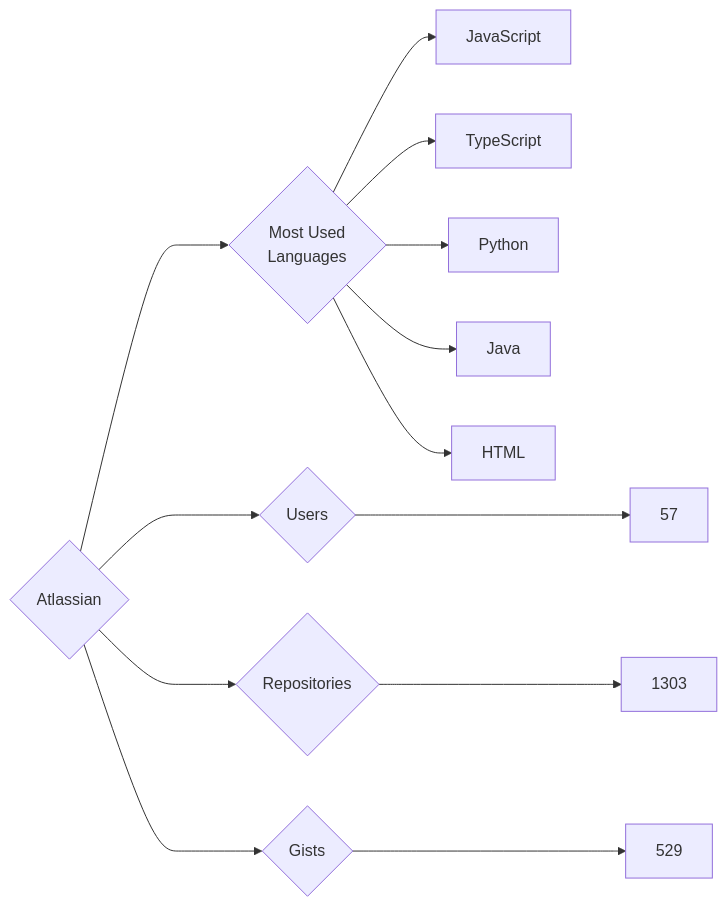
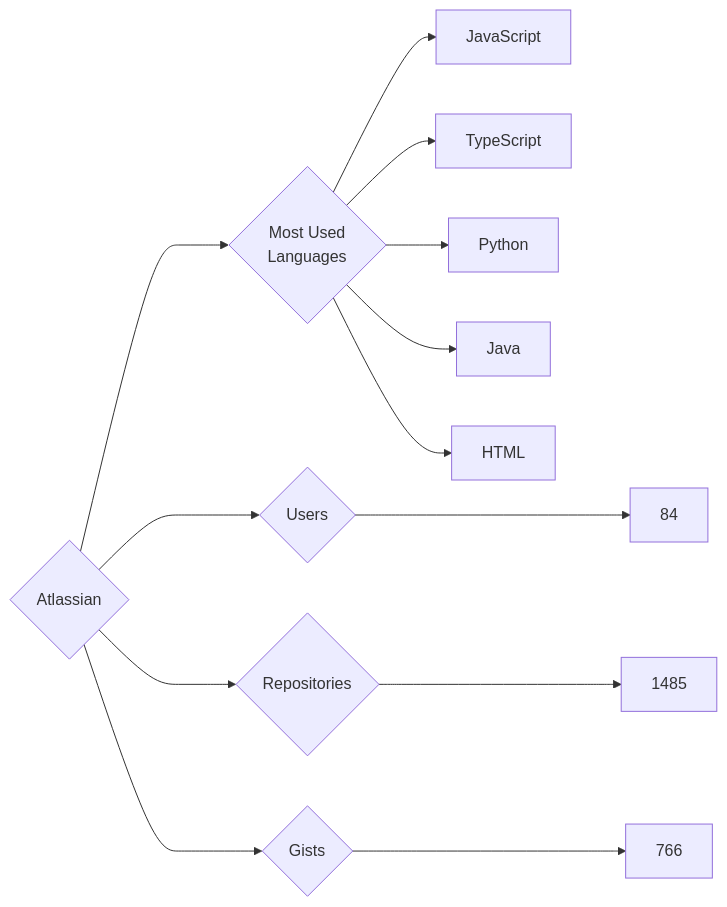
One commit to trickest/insiders changed the diagram in targets/Atlassian/README.md. Above: the diagram before and after it, drawn with Mermaid. The commit also changed 845 other files, not shown here.

````diff
--- a/targets/Atlassian/README.md
+++ b/targets/Atlassian/README.md
@@ -3,13 +3,13 @@
 ```mermaid
 graph LR
 COMPANY_NAME{Atlassian}
-COMPANY_NAME ---> U{Users} ---> UN[57]
-COMPANY_NAME ---> R{Repositories} ---> RN[1303]
-COMPANY_NAME ---> G{Gists} ---> GN[529]
+COMPANY_NAME ---> U{Users} ---> UN[84]
+COMPANY_NAME ---> R{Repositories} ---> RN[1485]
+COMPANY_NAME ---> G{Gists} ---> GN[766]
 COMPANY_NAME ---> ML{Most Used<br>Languages}
 ML --> JavaScript[JavaScript]
 ML --> TypeScript[TypeScript]
 ML --> Python[Python]
 ML --> Java[Java]
 ML --> HTML[HTML]
 ```
````
